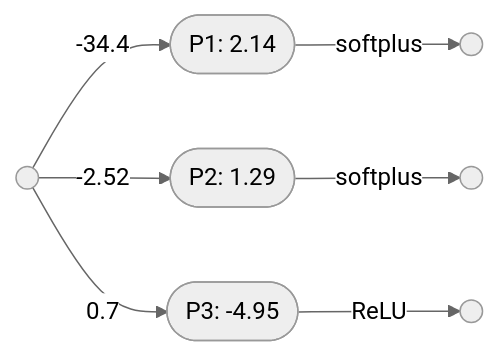
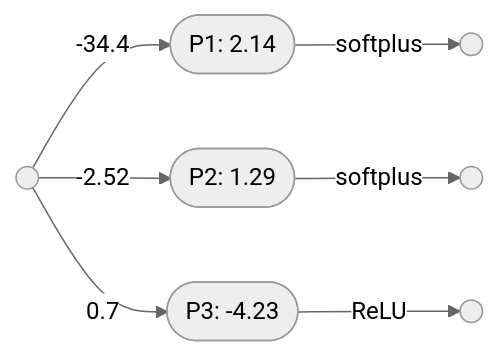
Before and after one commit to conmaol/maglocunus: the fifth of 6 diagrams in nodes/perceptron_layers.md, drawn with Mermaid (neutral theme). The commit also changed other lines of this file, not shown here.

````diff
--- a/nodes/perceptron_layers.md
+++ b/nodes/perceptron_layers.md
@@ -62,9 +60,9 @@
 ```mermaid
 graph LR
     A(( )) -- "-34.4" --> B(["P1: 2.14"])
     A -- "-2.52" --> C(["P2: 1.29"])
-    A -- "0.7" --> D(["P3: -4.95"])
+    A -- "0.7" --> D(["P3: -4.23"])
     B -- "softplus" --> E(( ))
     C -- "softplus" --> F(( ))
     D -- "ReLU" --> G(( ))
 ```
````
